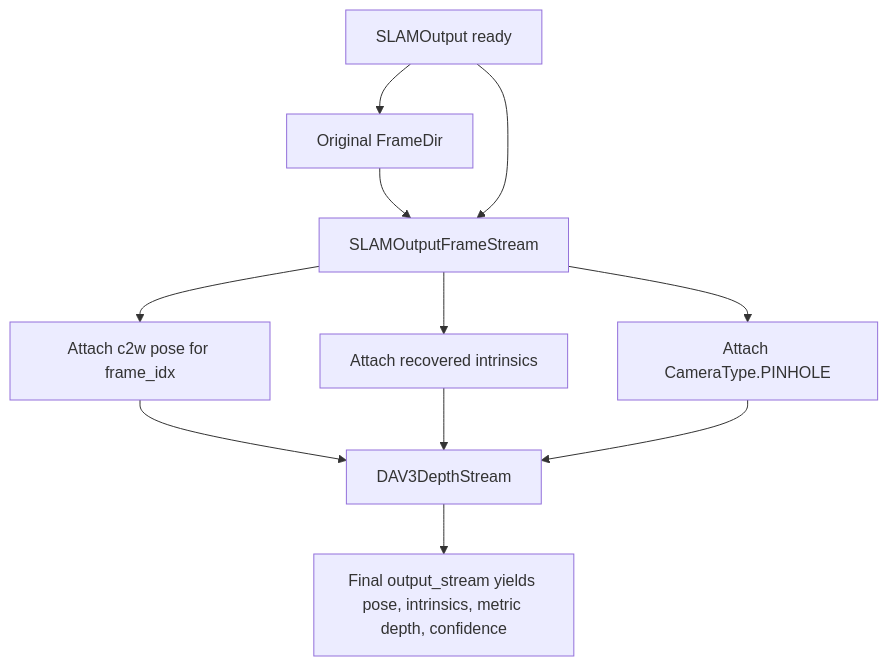
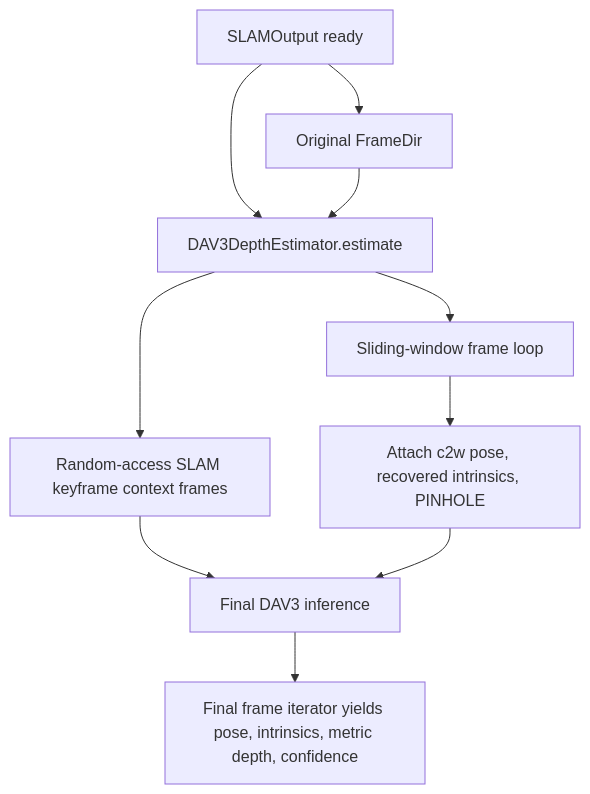
Before and after one commit to sadanand1120/vipe: the tenth of 13 diagrams in fullexplain.md, drawn with Mermaid. The commit also changed other lines of this file and 12 other files, not shown here.

````diff
--- a/fullexplain.md
+++ b/fullexplain.md
@@ -1725,13 +1716,12 @@
 ```mermaid
 flowchart TD
     A[SLAMOutput ready] --> B[Original FrameDir]
-    B --> C[SLAMOutputFrameStream]
-    A --> C
-    C --> D[Attach c2w pose for frame_idx]
-    C --> E[Attach recovered intrinsics]
-    C --> F[Attach CameraType.PINHOLE]
-    D --> G[DAV3DepthStream]
-    E --> G
+    A --> C[DAV3DepthEstimator.estimate]
+    B --> C
+    C --> D[Random-access SLAM keyframe context frames]
+    C --> E[Sliding-window frame loop]
+    E --> F[Attach c2w pose, recovered intrinsics, PINHOLE]
+    D --> G[Final DAV3 inference]
     F --> G
-    G --> H[Final output_stream yields pose, intrinsics, metric depth, confidence]
+    G --> H[Final frame iterator yields pose, intrinsics, metric depth, confidence]
 ```
````
